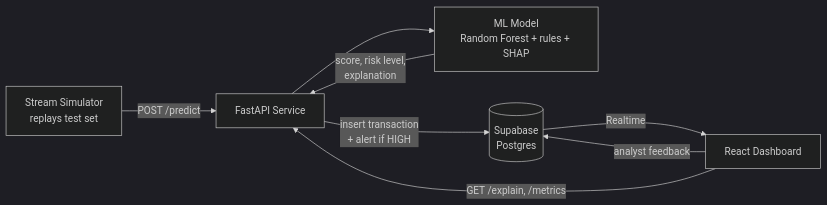
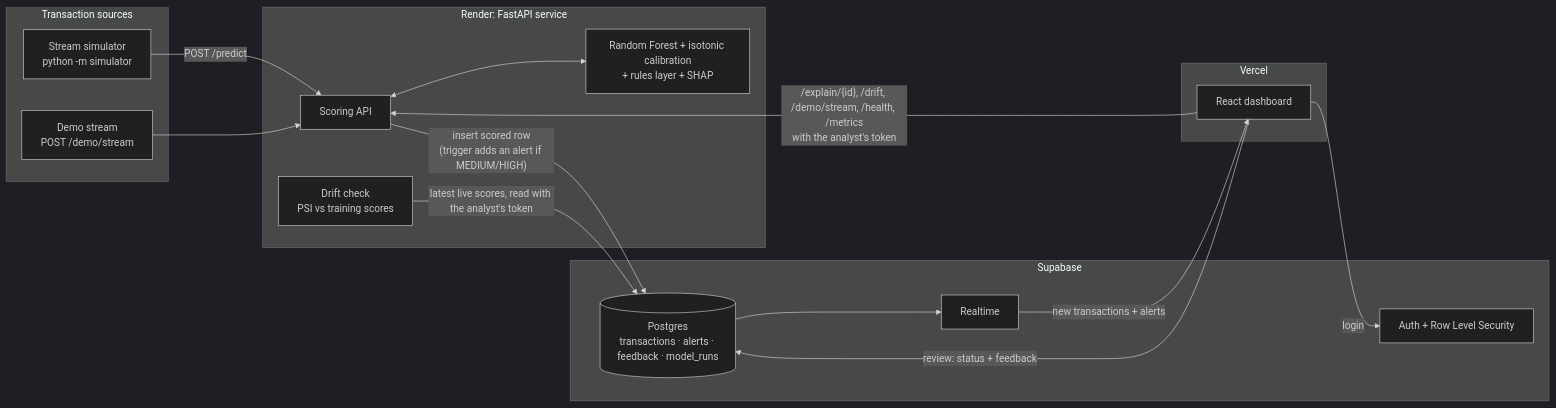
The first of 2 diagrams in README.md (vid6848/fraud-detection), drawn with Mermaid (dark theme) before and after one commit. The commit also changed other lines of this file and 7 other files, not shown here.

````diff
--- a/README.md
+++ b/README.md
@@ -49,10 +63,29 @@
 ```mermaid
 flowchart LR
-    A[Stream Simulator<br/>replays test set] -->|POST /predict| B[FastAPI Service]
-    B --> C[ML Model<br/>Random Forest + rules + SHAP]
-    C -->|score, risk level,<br/>explanation| B
-    B -->|insert transaction<br/>+ alert if HIGH| D[(Supabase<br/>Postgres)]
-    D -->|Realtime| E[React Dashboard]
-    E -->|analyst feedback| D
-    E -->|GET /explain, /metrics| B
+    subgraph sources [Transaction sources]
+        A[Stream simulator<br/>python -m simulator]
+        G[Demo stream<br/>POST /demo/stream]
+    end
+    subgraph render [Render: FastAPI service]
+        B[Scoring API]
+        C[Random Forest + isotonic calibration<br/>+ rules layer + SHAP]
+        H[Drift check<br/>PSI vs training scores]
+    end
+    subgraph supabase [Supabase]
+        D[(Postgres<br/>transactions · alerts · feedback · model_runs)]
+        F[Auth + Row Level Security]
+        R[Realtime]
+    end
+    subgraph vercel [Vercel]
+        E[React dashboard]
+    end
+    A -->|POST /predict| B
+    G --> B
+    B <--> C
+    B -->|"insert scored row<br/>(trigger adds an alert if MEDIUM/HIGH)"| D
+    D --> R -->|new transactions + alerts| E
+    E -->|login| F
+    E -->|review: status + feedback| D
+    E -->|"/explain/{id}, /drift, /demo/stream, /health, /metrics<br/>with the analyst's token"| B
+    H -->|"latest live scores, read with the analyst's token"| D
 ```
````
